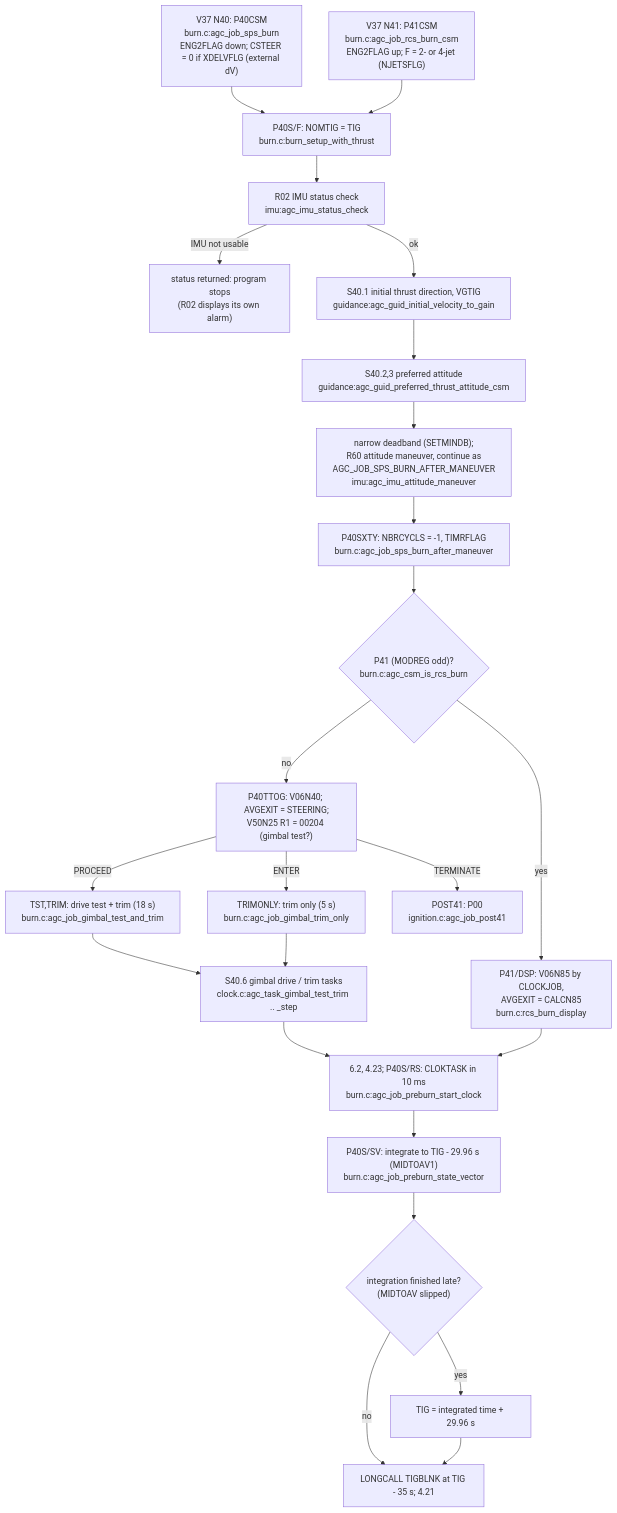
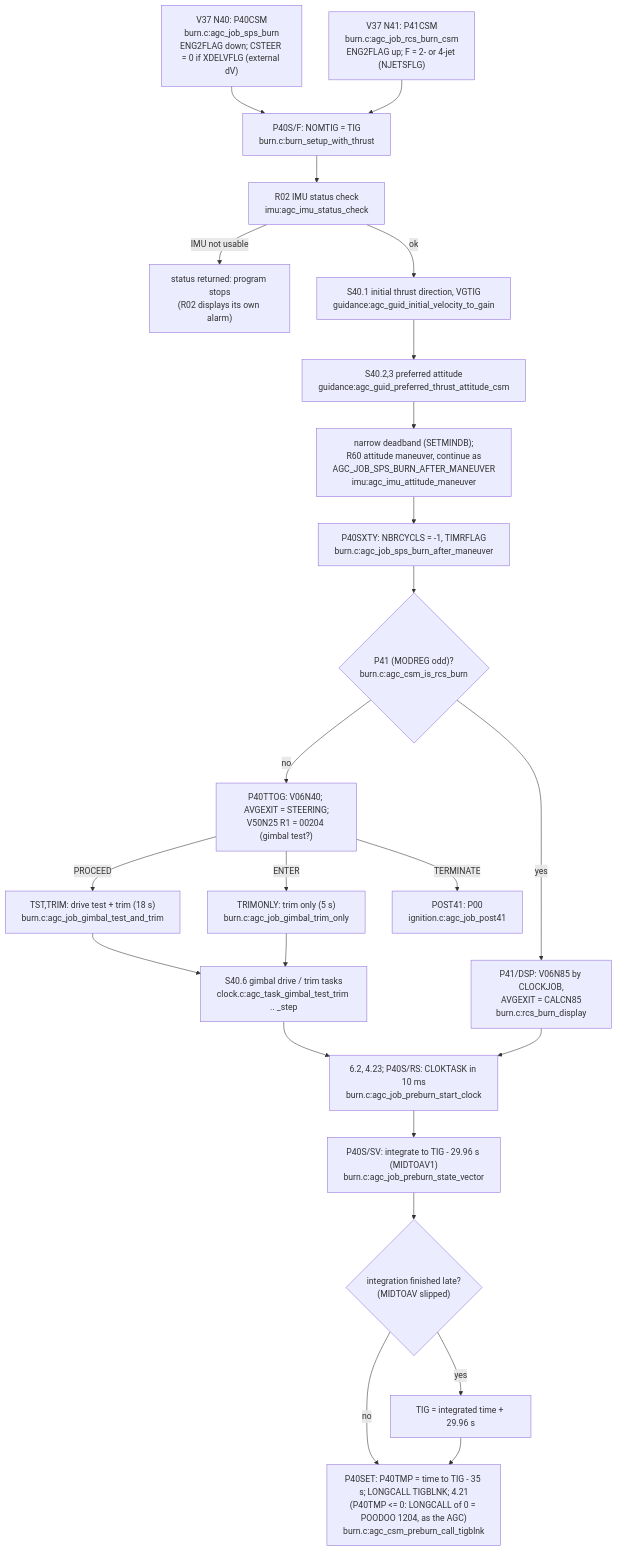
The first of 4 diagrams in docs/overview/flowcharts/sps-burn.md (bobjoe400/apollo-c), drawn with Mermaid before and after one commit. The commit also changed 67 other files, not shown here.

First line of the commit message:
document: program-flow sections in every lane note, TIPS by topic, README Status/Documentation, overview and xref regenerated

````diff
--- a/docs/overview/flowcharts/sps-burn.md
+++ b/docs/overview/flowcharts/sps-burn.md
@@ -17,26 +17,26 @@
 ```mermaid
 flowchart TD
     A["V37 N40: P40CSM<br/>burn.c:agc_job_sps_burn<br/>ENG2FLAG down; CSTEER = 0 if XDELVFLG (external dV)"] --> B
     A2["V37 N41: P41CSM<br/>burn.c:agc_job_rcs_burn_csm<br/>ENG2FLAG up; F = 2- or 4-jet (NJETSFLG)"] --> B
     B["P40S/F: NOMTIG = TIG<br/>burn.c:burn_setup_with_thrust"] --> B1["R02 IMU status check<br/>imu:agc_imu_status_check"]
     B1 -- "IMU not usable" --> X1["status returned: program stops<br/>(R02 displays its own alarm)"]
     B1 -- "ok" --> B2["S40.1 initial thrust direction, VGTIG<br/>guidance:agc_guid_initial_velocity_to_gain"]
     B2 --> B3["S40.2,3 preferred attitude<br/>guidance:agc_guid_preferred_thrust_attitude_csm"]
     B3 --> B4["narrow deadband (SETMINDB);<br/>R60 attitude maneuver, continue as<br/>AGC_JOB_SPS_BURN_AFTER_MANEUVER<br/>imu:agc_imu_attitude_maneuver"]
     B4 --> C["P40SXTY: NBRCYCLS = -1, TIMRFLAG<br/>burn.c:agc_job_sps_burn_after_maneuver"]
     C --> C1{"P41 (MODREG odd)?<br/>burn.c:agc_csm_is_rcs_burn"}
     C1 -- "yes" --> C2["P41/DSP: V06N85 by CLOCKJOB,<br/>AVGEXIT = CALCN85<br/>burn.c:rcs_burn_display"]
     C1 -- "no" --> C3["P40TTOG: V06N40; AVGEXIT = STEERING;<br/>V50N25 R1 = 00204 (gimbal test?)"]
     C3 -- "PROCEED" --> C4["TST,TRIM: drive test + trim (18 s)<br/>burn.c:agc_job_gimbal_test_and_trim"]
     C3 -- "ENTER" --> C5["TRIMONLY: trim only (5 s)<br/>burn.c:agc_job_gimbal_trim_only"]
     C3 -- "TERMINATE" --> Z["POST41: P00<br/>ignition.c:agc_job_post41"]
     C4 --> C6["S40.6 gimbal drive / trim tasks<br/>clock.c:agc_task_gimbal_test_trim .. _step"]
     C5 --> C6
     C6 --> D["6.2, 4.23; P40S/RS: CLOKTASK in 10 ms<br/>burn.c:agc_job_preburn_start_clock"]
     C2 --> D
     D --> D1["P40S/SV: integrate to TIG - 29.96 s (MIDTOAV1)<br/>burn.c:agc_job_preburn_state_vector"]
     D1 --> D2{"integration finished late?<br/>(MIDTOAV slipped)"}
     D2 -- "yes" --> D3["TIG = integrated time + 29.96 s"]
     D2 -- "no" --> D4
-    D3 --> D4["LONGCALL TIGBLNK at TIG - 35 s; 4.21"]
+    D3 --> D4["P40SET: P40TMP = time to TIG - 35 s; LONGCALL TIGBLNK; 4.21<br/>(P40TMP <= 0: LONGCALL of 0 = POODOO 1204, as the AGC)<br/>burn.c:agc_csm_preburn_call_tigblnk"]
 ```
````
